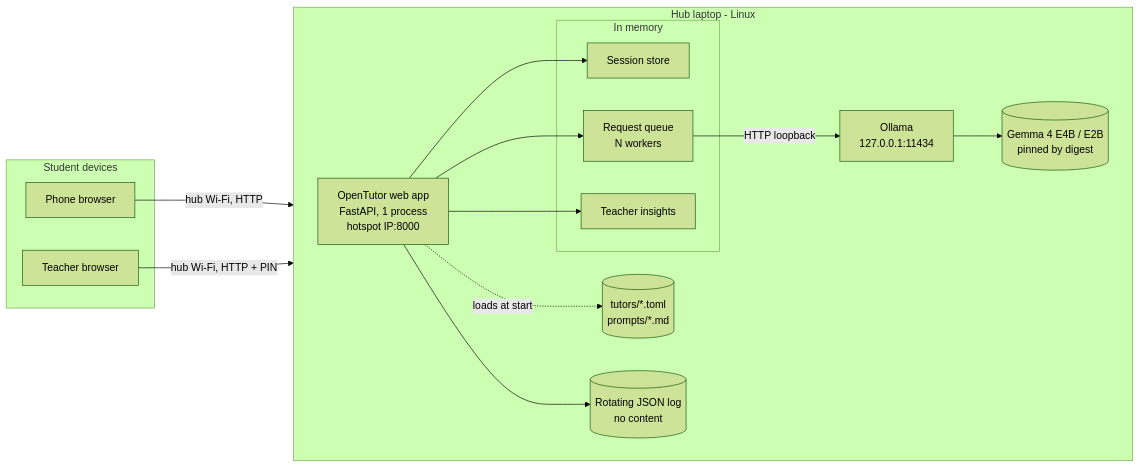
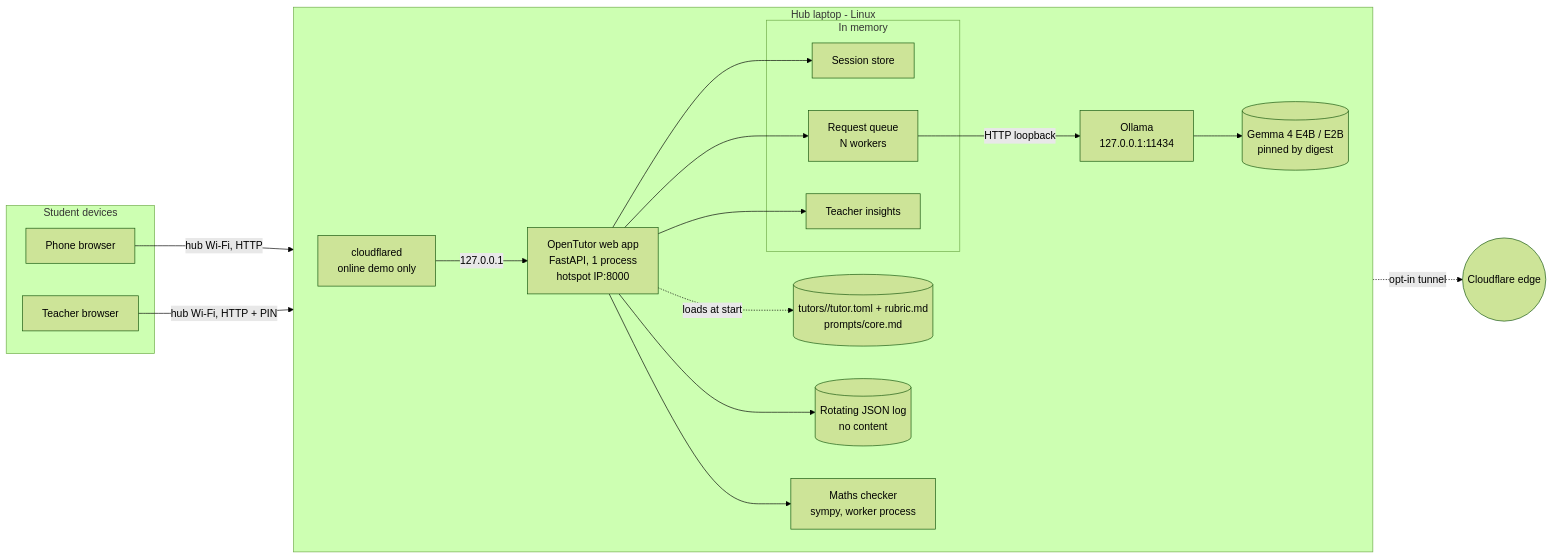
One commit to adricasi/OpenTutor changed the diagram in docs/spec/design.md. Above: the diagram before and after it, drawn with Mermaid (forest theme). The commit also changed other lines of this file and 7 other files, not shown here.

First line of the commit message:
docs(spec): add task plan, tutor-ipad reuse and online demo link

````diff
--- a/docs/spec/design.md
+++ b/docs/spec/design.md
@@ -19,28 +21,34 @@
 ```mermaid
 flowchart LR
   subgraph phones[Student devices]
     p1[Phone browser]
     t1[Teacher browser]
   end
   subgraph hub[Hub laptop - Linux]
     direction LR
     web[OpenTutor web app\nFastAPI, 1 process\nhotspot IP:8000]
     subgraph core[In memory]
       sess[Session store]
       q[Request queue\nN workers]
       ins[Teacher insights]
     end
-    tut[(tutors/*.toml\nprompts/*.md)]
+    tut[(tutors/<id>/tutor.toml + rubric.md\nprompts/core.md)]
     ol[Ollama\n127.0.0.1:11434]
     model[(Gemma 4 E4B / E2B\npinned by digest)]
     log[(Rotating JSON log\nno content)]
+    chk[Maths checker\nsympy, worker process]
+    cfd[cloudflared\nonline demo only]
   end
+  cf((Cloudflare edge))
   p1 -- hub Wi-Fi, HTTP --> web
   t1 -- hub Wi-Fi, HTTP + PIN --> web
   web --> sess
   web --> q
   web --> ins
   web -. loads at start .-> tut
   q -- HTTP loopback --> ol --> model
   web --> log
+  web --> chk
+  cfd -. opt-in tunnel .-> cf
+  cfd -- 127.0.0.1 --> web
 ```
````
